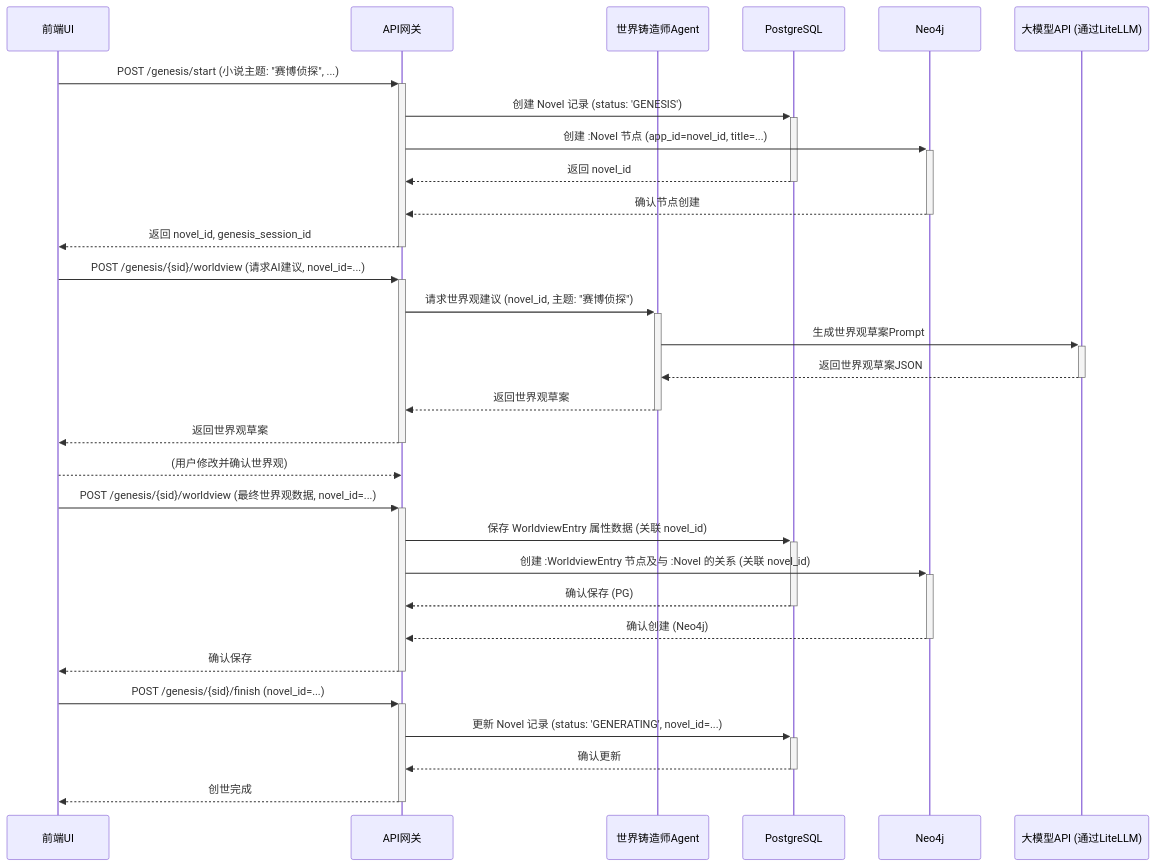
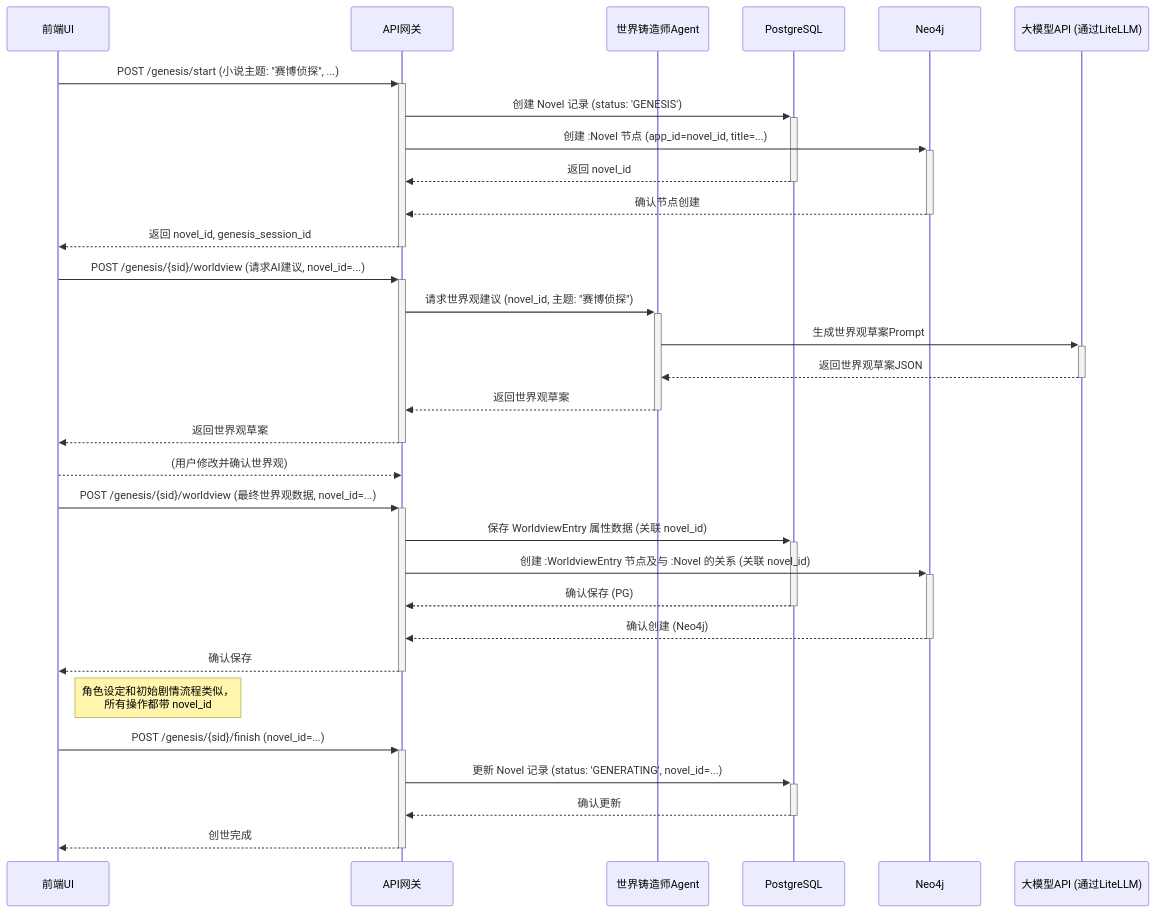
Before and after one commit to zhiyue/infinite-scribe: the first of 3 diagrams in docs/architecture/core-workflows.md, drawn with Mermaid. The commit also changed other lines of this file and 24 other files, not shown here.

First line of the commit message:
docs: update architecture and PRD with new genesis studio features and SSE integration

````diff
--- a/docs/architecture/core-workflows.md
+++ b/docs/architecture/core-workflows.md
@@ -4,38 +4,60 @@
 ```mermaid
 sequenceDiagram
     participant UI as 前端UI
     participant APIGW as API网关
     participant WS_Agent as 世界铸造师Agent
     participant PG_DB as PostgreSQL
     participant N4J_DB as Neo4j
     participant LLM as 大模型API (通过LiteLLM)
 
+    %% 用户在UI上填写小说的基本信息并点击“开始创世”
     UI->>+APIGW: POST /genesis/start (小说主题: "赛博侦探", ...)
+    
+    %% API网关接收到请求，开始在各个数据库中创建根实体
     APIGW->>+PG_DB: 创建 Novel 记录 (status: 'GENESIS')
     APIGW->>+N4J_DB: 创建 :Novel 节点 (app_id=novel_id, title=...)
+    
+    %% 数据库操作完成后，返回ID给API网关
     PG_DB-->>-APIGW: 返回 novel_id
     N4J_DB-->>-APIGW: 确认节点创建
+    
+    %% API网关将新创建的小说ID和创世会话ID返回给前端
     APIGW-->>-UI: 返回 novel_id, genesis_session_id
 
+    %% 用户进入下一步，请求AI为世界观提供建议
     UI->>+APIGW: POST /genesis/{sid}/worldview (请求AI建议, novel_id=...)
+    
+    %% API网关将请求转发给世界铸造师Agent
     APIGW->>+WS_Agent: 请求世界观建议 (novel_id, 主题: "赛博侦探")
+    
+    %% Agent调用大模型生成内容
     WS_Agent->>+LLM: 生成世界观草案Prompt
     LLM-->>-WS_Agent: 返回世界观草案JSON
+    
+    %% Agent将生成的内容通过API网关返回给UI
     WS_Agent-->>-APIGW: 返回世界观草案
     APIGW-->>-UI: 返回世界观草案
 
+    %% 用户在UI上对AI的建议进行修改，然后最终确认
     UI-->>APIGW: (用户修改并确认世界观)
     UI->>+APIGW: POST /genesis/{sid}/worldview (最终世界观数据, novel_id=...)
+    
+    %% API网关将最终确认的数据持久化到数据库
     APIGW->>+PG_DB: 保存 WorldviewEntry 属性数据 (关联 novel_id)
     APIGW->>+N4J_DB: 创建 :WorldviewEntry 节点及与 :Novel 的关系 (关联 novel_id)
     PG_DB-->>-APIGW: 确认保存 (PG)
     N4J_DB-->>-APIGW: 确认创建 (Neo4j)
     APIGW-->>-UI: 确认保存
 
-    %% ... 角色设定和初始剧情流程类似，所有操作都带 novel_id ...
+    %% ... 角色设定和初始剧情流程与世界观设定类似 ...
+    %% 所有操作都必须携带 novel_id 以确保数据隔离和正确关联
+    Note right of UI: 角色设定和初始剧情流程类似，<br/>所有操作都带 novel_id
 
+    %% 用户完成所有创世步骤，点击“完成”
     UI->>+APIGW: POST /genesis/{sid}/finish (novel_id=...)
+    
+    %% API网关更新小说状态，表示创世阶段结束，可以开始生成章节
     APIGW->>+PG_DB: 更新 Novel 记录 (status: 'GENERATING', novel_id=...)
     PG_DB-->>-APIGW: 确认更新
     APIGW-->>-UI: 创世完成
 ```
````
